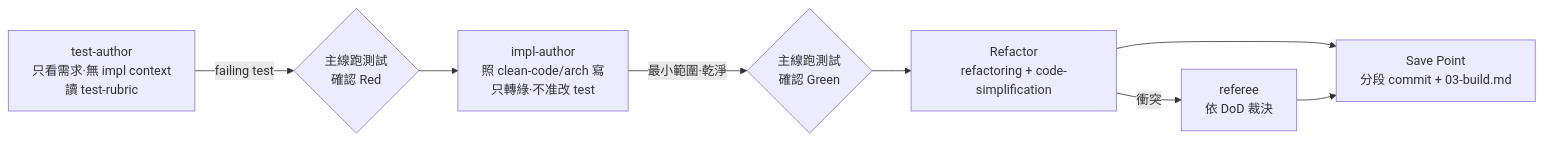
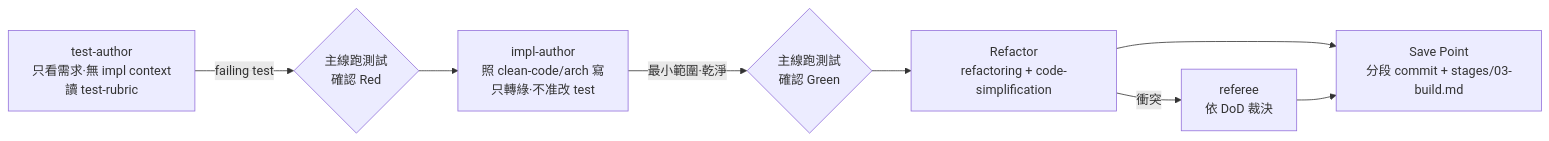
The third of 4 diagrams in plugins/loops-workflow/docs/FLOW.md (adha9990/dev-workflows), drawn with Mermaid before and after one commit. The commit also changed other lines of this file and 38 other files, not shown here.

````diff
--- a/plugins/loops-workflow/docs/FLOW.md
+++ b/plugins/loops-workflow/docs/FLOW.md
@@ -179,10 +179,10 @@
 ```mermaid
 flowchart LR
     T[test-author<br/>只看需求·無 impl context<br/>讀 test-rubric] -->|failing test| R{主線跑測試<br/>確認 Red}
     R --> I[impl-author<br/>照 clean-code/arch 寫<br/>只轉綠·不准改 test]
     I -->|最小範圍·乾淨| GG{主線跑測試<br/>確認 Green}
     GG --> RF[Refactor<br/>refactoring + code-simplification]
     RF -->|衝突| REF[referee<br/>依 DoD 裁決]
-    RF --> SP[Save Point<br/>分段 commit + 03-build.md]
+    RF --> SP[Save Point<br/>分段 commit + stages/03-build.md]
     REF --> SP
 ```
````
